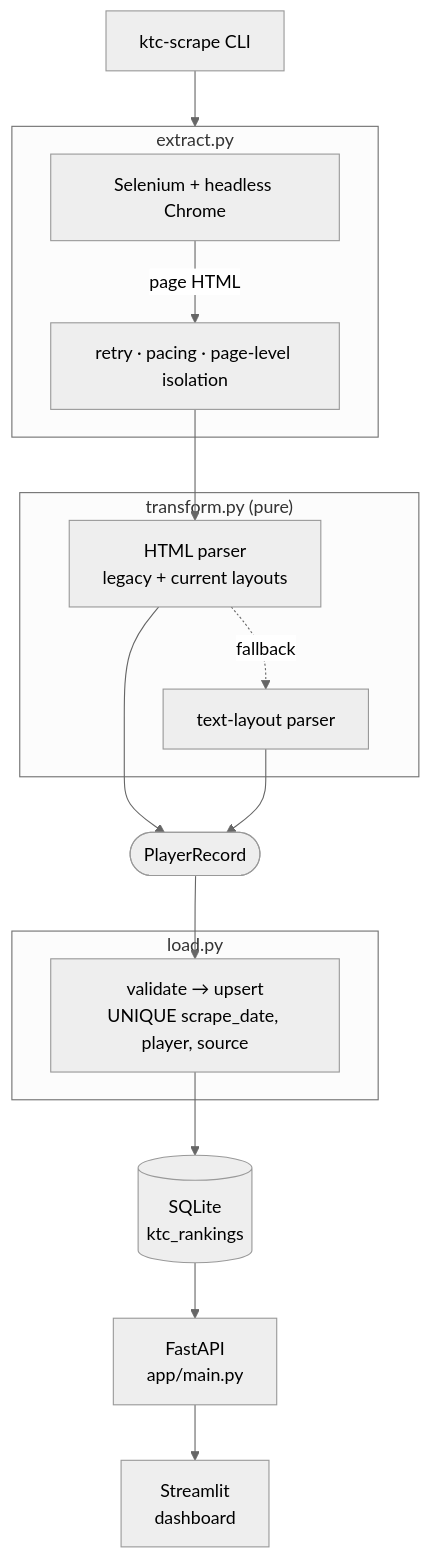
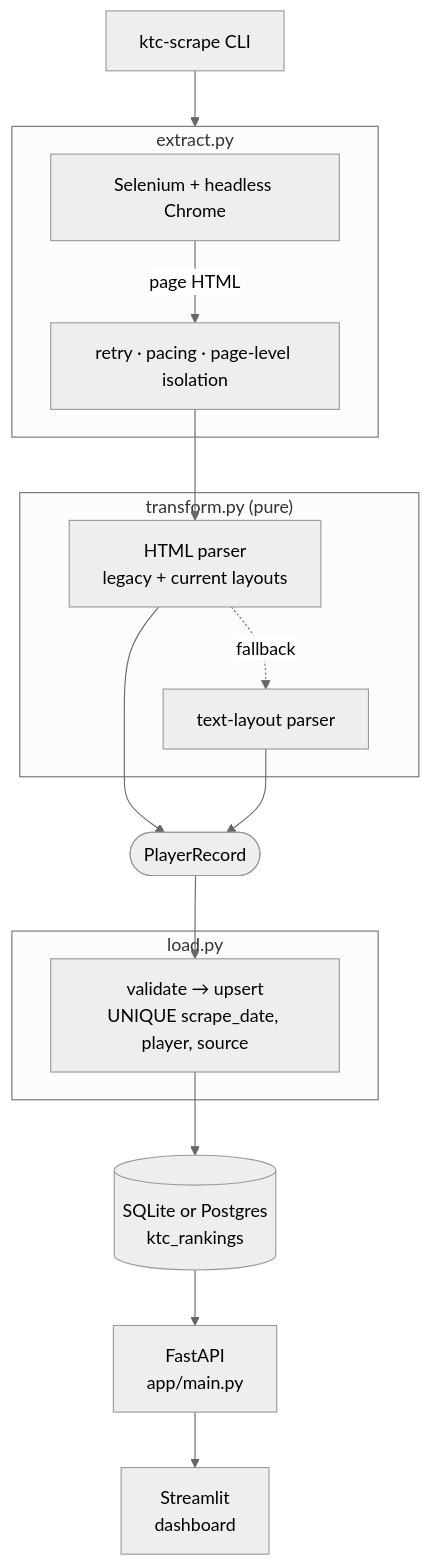
The diagram in README.md (jlh28145/KTC-Webscraping), drawn with Mermaid (neutral theme) before and after one commit. The commit also changed other lines of this file and 11 other files, not shown here.

````diff
--- a/README.md
+++ b/README.md
@@ -24,18 +25,18 @@
 ```mermaid
 flowchart TB
     subgraph Extract["extract.py"]
         S[Selenium + headless Chrome] -->|page HTML| E[retry · pacing · page-level isolation]
     end
     subgraph Transform["transform.py (pure)"]
         P[HTML parser<br/>legacy + current layouts] -.->|fallback| T[text-layout parser]
     end
     subgraph Load["load.py"]
         L[validate → upsert<br/>UNIQUE scrape_date, player, source]
     end
     E --> P
     P --> R([PlayerRecord])
     T --> R
-    R --> L --> DB[(SQLite<br/>ktc_rankings)]
+    R --> L --> DB[(SQLite or Postgres<br/>ktc_rankings)]
     DB --> API[FastAPI<br/>app/main.py] --> D[Streamlit<br/>dashboard]
     CLI[ktc-scrape CLI] --> Extract
 ```
````
